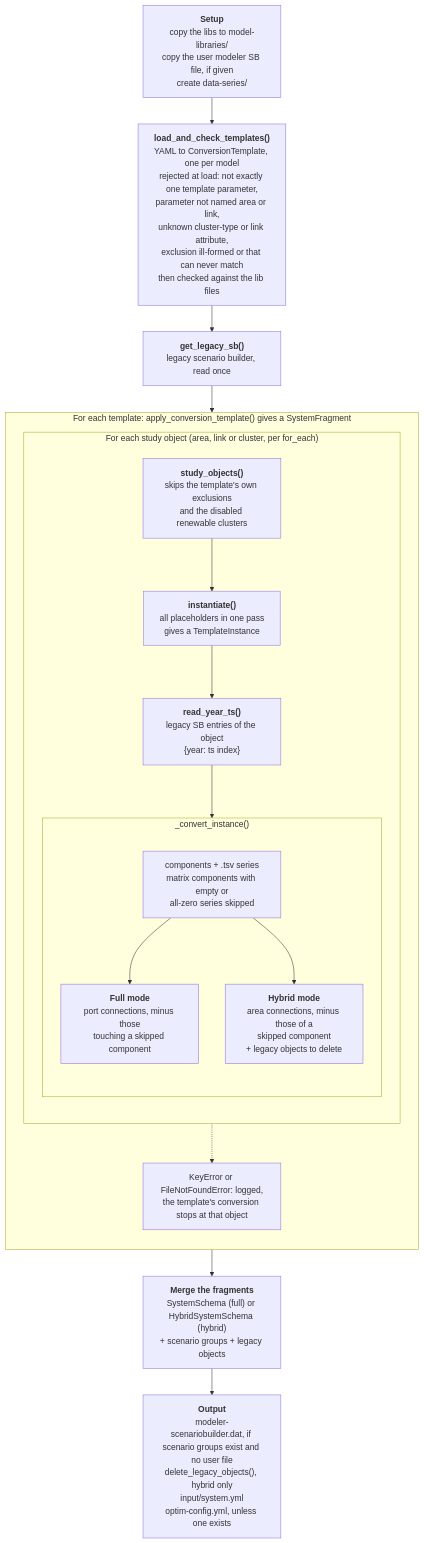
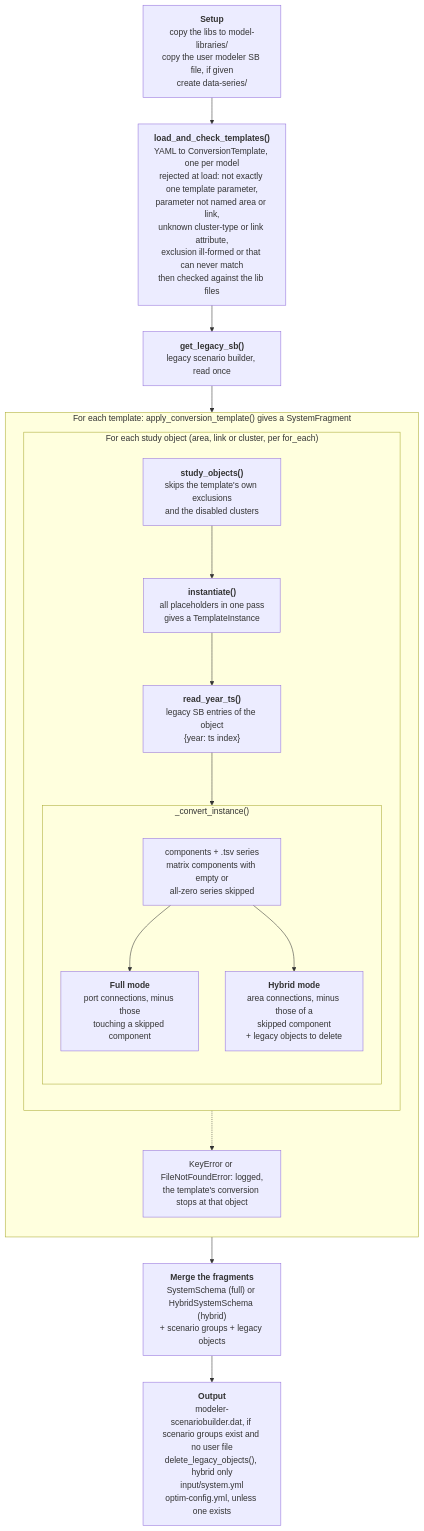
Before and after one commit to AntaresSimulatorTeam/AntaresLegacyModels-to-GEMS-Converter: the diagram in AGENTS.md, drawn with Mermaid. The commit also changed other lines of this file and 5 other files, not shown here.

First line of the commit message:
fix(converter): skip disabled thermal and st_storage clusters [A2G-02] (#128)

````diff
--- a/AGENTS.md
+++ b/AGENTS.md
@@ -112,32 +112,32 @@
 ```mermaid
 flowchart TD
     setup["<b>Setup</b><br/>copy the libs to model-libraries/<br/>copy the user modeler SB file, if given<br/>create data-series/"]
     load["<b>load_and_check_templates()</b><br/>YAML to ConversionTemplate, one per model<br/>rejected at load: not exactly one template parameter,<br/>parameter not named area or link,<br/>unknown cluster-type or link attribute,<br/>exclusion ill-formed or that can never match<br/>then checked against the lib files"]
     sb["<b>get_legacy_sb()</b><br/>legacy scenario builder, read once"]
 
     subgraph perTemplate["For each template: apply_conversion_template() gives a SystemFragment"]
         direction TB
         subgraph perObject["For each study object (area, link or cluster, per for_each)"]
             direction TB
-            objs["<b>study_objects()</b><br/>skips the template's own exclusions<br/>and the disabled renewable clusters"]
+            objs["<b>study_objects()</b><br/>skips the template's own exclusions<br/>and the disabled clusters"]
             inst["<b>instantiate()</b><br/>all placeholders in one pass<br/>gives a TemplateInstance"]
             ts["<b>read_year_ts()</b><br/>legacy SB entries of the object<br/>{year: ts index}"]
             subgraph conv["_convert_instance()"]
                 direction TB
                 comps["components + .tsv series<br/>matrix components with empty or<br/>all-zero series skipped"]
                 full["<b>Full mode</b><br/>port connections, minus those<br/>touching a skipped component"]
                 hybrid["<b>Hybrid mode</b><br/>area connections, minus those of a<br/>skipped component<br/>+ legacy objects to delete"]
                 comps --> full
                 comps --> hybrid
             end
             objs --> inst --> ts --> comps
         end
         err["KeyError or FileNotFoundError: logged,<br/>the template's conversion stops at that object"]
         perObject -.-> err
     end
 
     merge["<b>Merge the fragments</b><br/>SystemSchema (full) or HybridSystemSchema (hybrid)<br/>+ scenario groups + legacy objects"]
     out["<b>Output</b><br/>modeler-scenariobuilder.dat, if scenario groups exist and no user file<br/>delete_legacy_objects(), hybrid only<br/>input/system.yml<br/>optim-config.yml, unless one exists"]
 
     setup --> load --> sb --> perTemplate --> merge --> out
 ```
````
